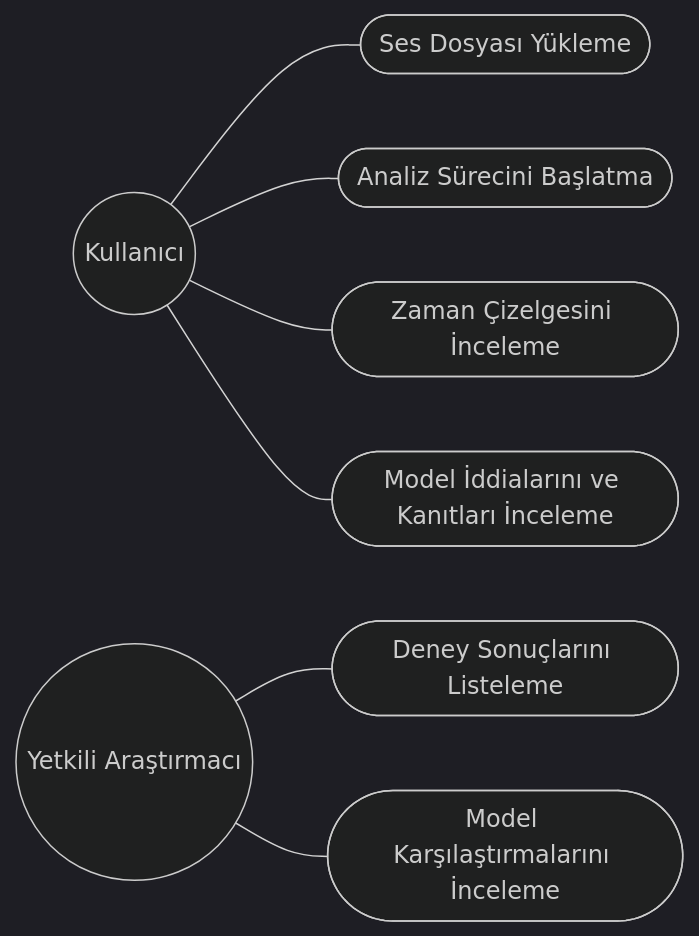
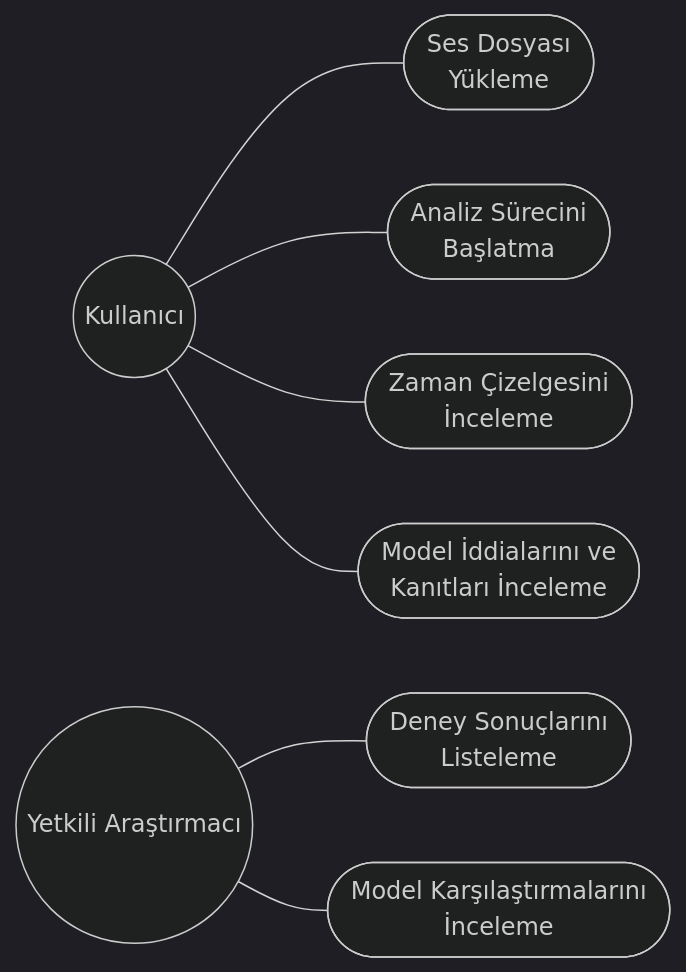
One commit to seherayddn/ses-olaylari-guvenilir-yapay-zeka changed the first of 6 diagrams in docs/1_Hafta_Diyagramlari.md. Above: the diagram before and after it, drawn with Mermaid (dark theme). The commit also changed other lines of this file, not shown here.

Commit message:
Update Turkish terms in diagrams for clarity

````diff
--- a/docs/1_Hafta_Diyagramlari.md
+++ b/docs/1_Hafta_Diyagramlari.md
@@ -2,20 +2,20 @@
 ```mermaid
 flowchart LR
-    User(("Kullanıcı"))
-    Admin(("Yetkili Araştırmacı"))
+    User(( Kullanıcı ))
+    Admin(( Yetkili Araştırmacı ))
 
-    UC1(["Ses Dosyası Yükleme"])
-    UC2(["Analiz Sürecini Başlatma"])
-    UC3(["Zaman Çizelgesini İnceleme"])
-    UC4(["Model İddialarını ve Kanıtları İnceleme"])
-    UC5(["Deney Sonuçlarını Listeleme"])
-    UC6(["Model Karşılaştırmalarını İnceleme"])
+    UC1([ Ses Dosyası <br> Yükleme ])
+    UC2([ Analiz Sürecini <br> Başlatma ])
+    UC3([ Zaman Çizelgesini <br> İnceleme ])
+    UC4([ Model İddialarını ve <br> Kanıtları İnceleme ])
+    UC5([ Deney Sonuçlarını <br> Listeleme ])
+    UC6([ Model Karşılaştırmalarını <br> İnceleme ])
 
     User --- UC1
     User --- UC2
     User --- UC3
     User --- UC4
     
     Admin --- UC5
     Admin --- UC6
 ```
````
